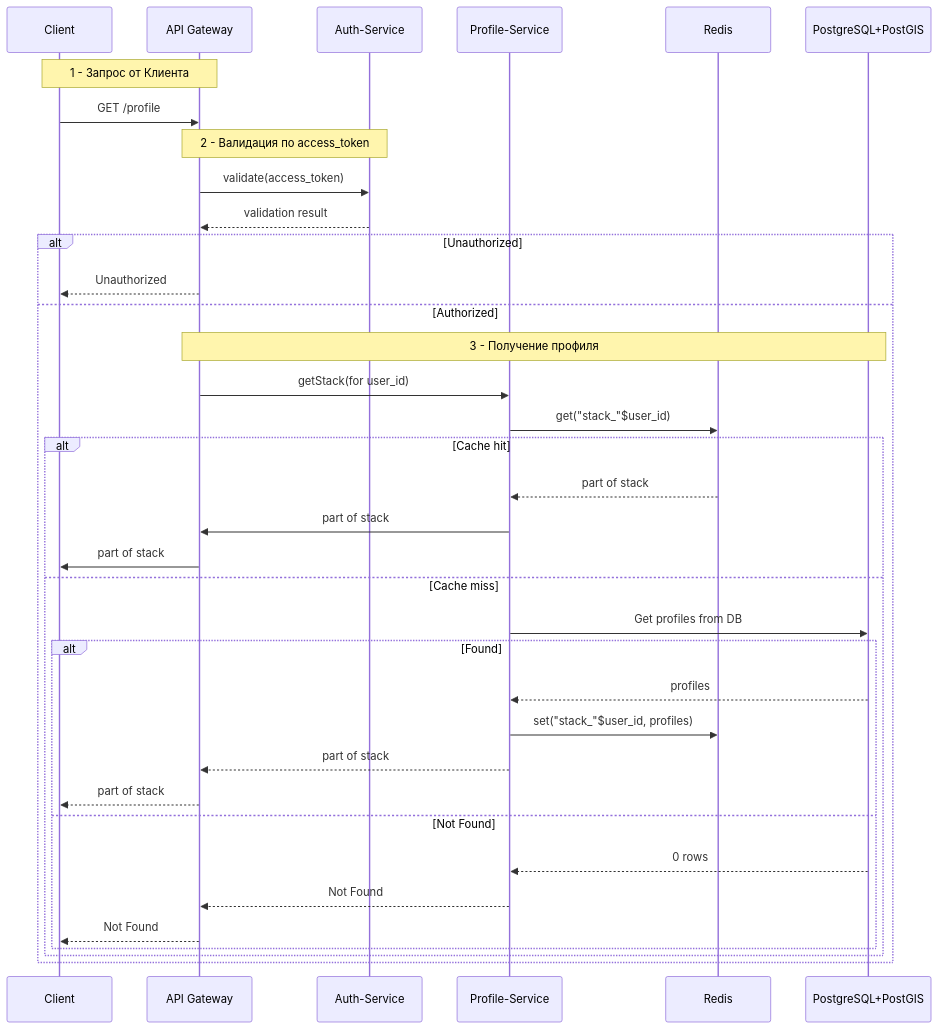
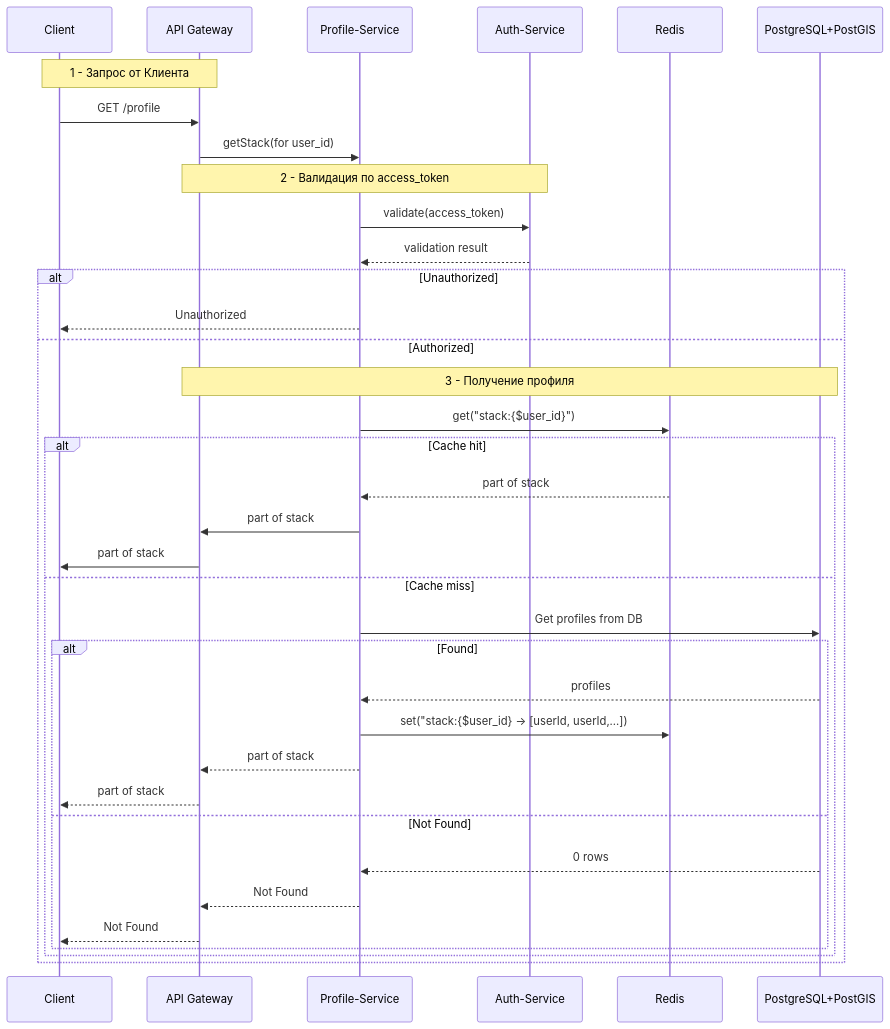
One commit to isOdin-l/TinderArt changed the sixth of 9 diagrams in docs/workflow-informative.md. Above: the diagram before and after it, drawn with Mermaid. The commit also changed other lines of this file and 5 other files, not shown here.

Commit message:
docs: updated workflow, architecture, structures docs

````diff
--- a/docs/workflow-informative.md
+++ b/docs/workflow-informative.md
@@ -200,45 +163,46 @@
 ```mermaid
 sequenceDiagram
     participant Client
     participant Gateway     as API Gateway
+    participant Profile     as Profile-Service
     participant Auth        as Auth-Service
-    participant Profile     as Profile-Service
     participant Cache       as Redis
     participant DB          as PostgreSQL+PostGIS
 
     Note over Client, Gateway: 1 - Запрос от Клиента
     Client->>Gateway: GET /profile
 
+    Gateway->>Profile: getStack(for user_id)
+    
     Note over Gateway, Auth: 2 - Валидация по access_token
-    Gateway->>Auth: validate(access_token)
-    Auth-->>Gateway: validation result
+    Profile->>Auth: validate(access_token)
+    Auth-->>Profile: validation result
 
     alt Unauthorized
-        Gateway-->>Client: Unauthorized
+        Profile-->>Client: Unauthorized
     else Authorized
         Note over Gateway, DB: 3 - Получение профиля
         
-        Gateway->>Profile: getStack(for user_id)
-        Profile->>Cache: get("stack_"$user_id)
+        Profile->>Cache: get("stack:{$user_id}")
 
         alt Cache hit
             Cache-->>Profile: part of stack
             Profile->>Gateway: part of stack
             Gateway->>Client: part of stack
         else Cache miss
             Profile->>DB: Get profiles from DB
             alt Found
                 DB-->>Profile: profiles
-                Profile->>Cache: set("stack_"$user_id, profiles)
+                Profile->>Cache: set("stack:{$user_id} -> [userId, userId,...])
 
                 Profile-->>Gateway: part of stack
                 Gateway-->>Client: part of stack
             else Not Found
                 DB-->>Profile: 0 rows
                 Profile-->>Gateway: Not Found
                 Gateway-->>Client: Not Found
             end
         end
 
     end
 ```
````
